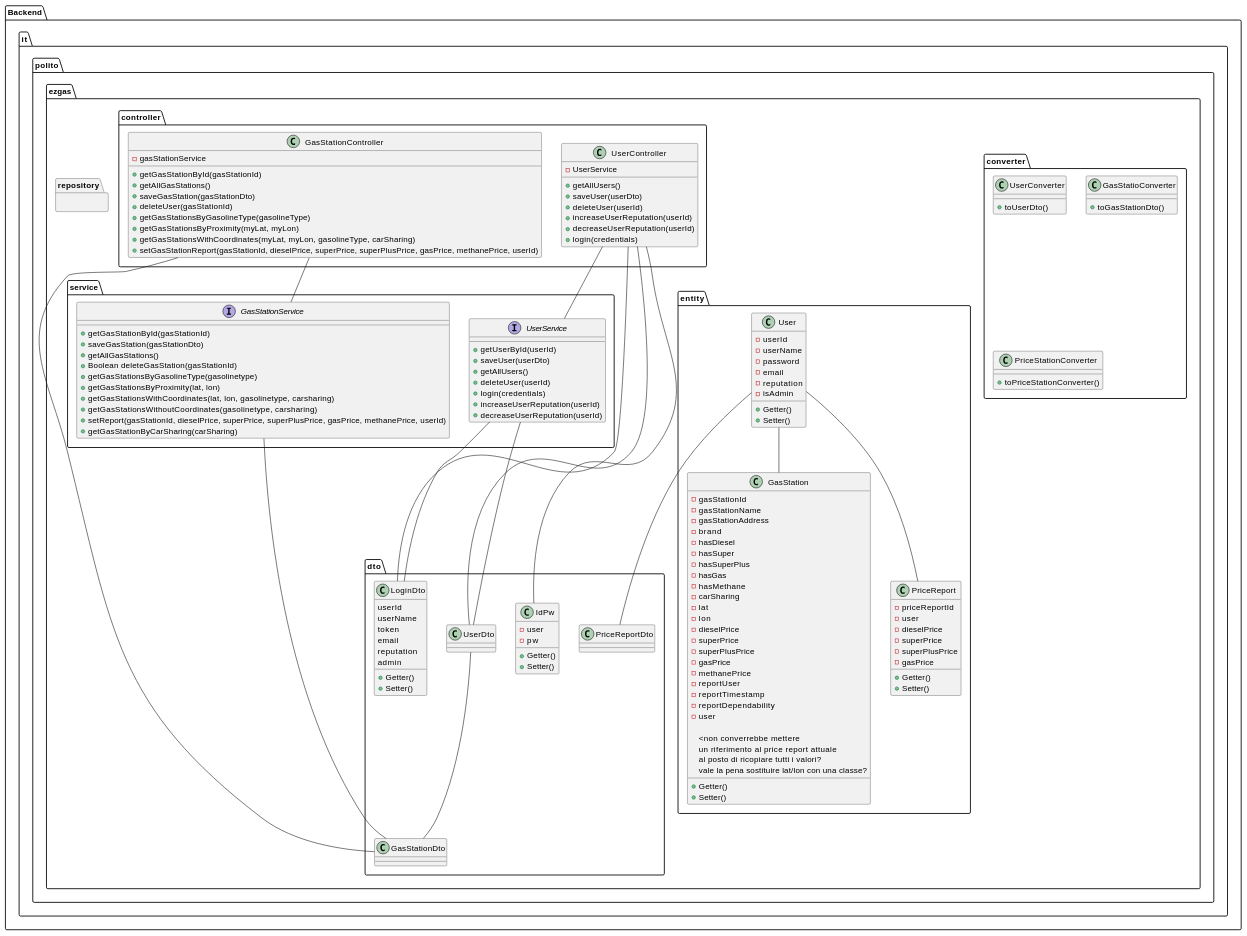
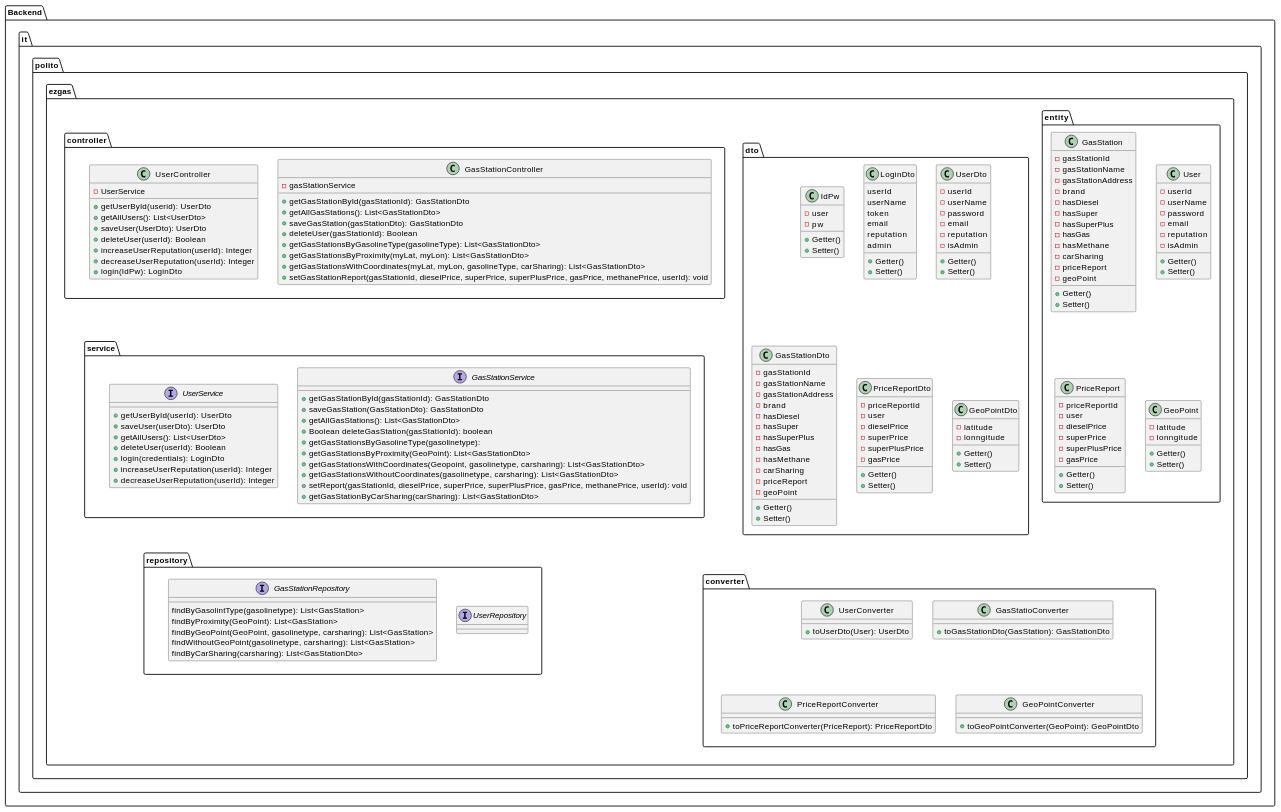
Before and after one commit to SE2-group4/SE1-project: the fourth of 7 diagrams in docs/DesignDocument.md, drawn with PlantUML. The commit also changed other lines of this file, not shown here.

Commit message:
docs: update of DesignDocument: Low level design, Verification sequence UC1

````diff
--- a/docs/DesignDocument.md
+++ b/docs/DesignDocument.md
@@ -226,17 +226,14 @@
 ```plantuml
 package "Backend" {
 
-
-
-package "it.polito.ezgas.converter" {
-    class UserConverter{
-        + toUserDto()
-    }
-    class GasStatioConverter{
-        + toGasStationDto()
-    }
-    class PriceStationConverter{
-        + toPriceStationConverter()
+package "it.polito.ezgas.repository" {
+    interface UserRepository
+    interface GasStationRepository{
+        findByGasolintType(gasolinetype): List<GasStation>
+        findByProximity(GeoPoint): List<GasStation>
+        findByGeoPoint(GeoPoint, gasolinetype, carsharing): List<GasStation>
+        findWithoutGeoPoint(gasolinetype, carsharing): List<GasStation>
+        findByCarSharing(carsharing): List<GasStationDto>
     }
 }
 
@@ -252,24 +249,10 @@
         - hasGas
         - hasMethane
         - carSharing
-        - lat
-        - lon
-        - dieselPrice
-        - superPrice
-        - superPlusPrice
-        - gasPrice
-        - methanePrice
-        - reportUser
-        - reportTimestamp
-        - reportDependability
-        - user
+        - priceReport
+        - geoPoint
         + Getter()
         + Setter()
-
-        <non converrebbe mettere
-        un riferimento al price report attuale
-        al posto di ricopiare tutti i valori?
-        vale la pena sostituire lat/lon con una classe?
     }
     class User{
         - userId
@@ -291,9 +274,13 @@
         + Getter()
         + Setter()
     }
+    class GeoPoint{
+        - latitude
+        - lonngitude
+        + Getter()
+        + Setter()
+    }
 
-    User -- PriceReport
-    User -- GasStation
 }
 
 package "it.polito.ezgas.dto" {
@@ -313,79 +300,117 @@
         + Getter()
         + Setter()
     }
-    class UserDto
-    class GasStationDto
-    class PriceReportDto
-
-    User -- PriceReportDto
-    UserDto -- GasStationDto
+    class UserDto{
+        - userId
+        - userName
+        - password
+        - email
+        - reputation
+        - isAdmin
+        + Getter()
+        + Setter()
+    }
+    class GasStationDto{
+        - gasStationId
+        - gasStationName
+        - gasStationAddress
+        - brand
+        - hasDiesel
+        - hasSuper
+        - hasSuperPlus
+        - hasGas
+        - hasMethane
+        - carSharing
+        - priceReport
+        - geoPoint
+        + Getter()
+        + Setter()
+    }
+    class PriceReportDto{
+        - priceReportId
+        - user
+        - dieselPrice
+        - superPrice
+        - superPlusPrice
+        - gasPrice
+        + Getter()
+        + Setter()
+    }
+    class GeoPointDto{
+        - latitude
+        - lonngitude
+        + Getter()
+        + Setter()
+    }
 }
 
-package "it.polito.ezgas.repository" {
-
+package "it.polito.ezgas.converter" {
+    class UserConverter{
+        + toUserDto(User): UserDto
+    }
+    class GasStatioConverter{
+        + toGasStationDto(GasStation): GasStationDto
+    }
+    class PriceReportConverter{
+        + toPriceReportConverter(PriceReport): PriceReportDto
+    }
+    class GeoPointConverter{
+        + toGeoPointConverter(GeoPoint): GeoPointDto
+    }
 }
 
 package "it.polito.ezgas.service" {
    interface "GasStationService"{
-       + getGasStationById(gasStationId)
-       + saveGasStation(gasStationDto)
-       + getAllGasStations()
-       + Boolean deleteGasStation(gasStationId)
-       + getGasStationsByGasolineType(gasolinetype)
-       + getGasStationsByProximity(lat, lon)
-       + getGasStationsWithCoordinates(lat, lon, gasolinetype, carsharing)
-       + getGasStationsWithoutCoordinates(gasolinetype, carsharing)
-       + setReport(gasStationId, dieselPrice, superPrice, superPlusPrice, gasPrice, methanePrice, userId)
-       + getGasStationByCarSharing(carSharing)
+       + getGasStationById(gasStationId): GasStationDto
+       + saveGasStation(GasStationDto): GasStationDto
+       + getAllGasStations(): List<GasStationDto>
+       + Boolean deleteGasStation(gasStationId): boolean
+       + getGasStationsByGasolineType(gasolinetype):  
+       + getGasStationsByProximity(GeoPoint): List<GasStationDto>
+       + getGasStationsWithCoordinates(Geopoint, gasolinetype, carsharing): List<GasStationDto>
+       + getGasStationsWithoutCoordinates(gasolinetype, carsharing): List<GasStationDto>
+       + setReport(gasStationId, dieselPrice, superPrice, superPlusPrice, gasPrice, methanePrice, userId): void
+       + getGasStationByCarSharing(carSharing): List<GasStationDto>
    }
    interface "UserService" {
-       + getUserById(userId)
-       + saveUser(userDto)
-       + getAllUsers()
-       + deleteUser(userId)
-       + login(credentials)
-       + increaseUserReputation(userId)
-       + decreaseUserReputation(userId)
+       + getUserById(userId): UserDto 
+       + saveUser(userDto): UserDto 
+       + getAllUsers(): List<UserDto>
+       + deleteUser(userId): Boolean
+       + login(credentials): LoginDto
+       + increaseUserReputation(userId): Integer
+       + decreaseUserReputation(userId): Integer
    }
-
-   UserService -- LoginDto
-   UserService -- UserDto
-   GasStationService - GasStationDto
 }
 
-package "it.polito.ezgas.controller" {
+package  "it.polito.ezgas.controller" {
     class GasStationController{
         - gasStationService
-        + getGasStationById(gasStationId)
-        + getAllGasStations()
-        + saveGasStation(gasStationDto)
-        + deleteUser(gasStationId)
-        + getGasStationsByGasolineType(gasolineType)
-        + getGasStationsByProximity(myLat, myLon)
-        + getGasStationsWithCoordinates(myLat, myLon, gasolineType, carSharing)
-        + setGasStationReport(gasStationId, dieselPrice, superPrice, superPlusPrice, gasPrice, methanePrice, userId)
+        + getGasStationById(gasStationId): GasStationDto 
+        + getAllGasStations(): List<GasStationDto>
+        + saveGasStation(gasStationDto): GasStationDto 
+        + deleteUser(gasStationId): Boolean 
+        + getGasStationsByGasolineType(gasolineType): List<GasStationDto>
+        + getGasStationsByProximity(myLat, myLon): List<GasStationDto>
+        + getGasStationsWithCoordinates(myLat, myLon, gasolineType, carSharing): List<GasStationDto>
+        + setGasStationReport(gasStationId, dieselPrice, superPrice, superPlusPrice, gasPrice, methanePrice, userId): void
     }
 
     class UserController{
         - UserService
-        + getAllUsers()
-        + saveUser(userDto)
-        + deleteUser(userId)
-        + increaseUserReputation(userId)
-        + decreaseUserReputation(userId)
-        + login(credentials)
+        + getUserById(userid): UserDto
+        + getAllUsers(): List<UserDto>
+        + saveUser(UserDto): UserDto
+        + deleteUser(userId): Boolean
+        + increaseUserReputation(userId): Integer
+        + decreaseUserReputation(userId): Integer
+        + login(IdPw): LoginDto
     }
-
-    GasStationController -- GasStationService
-    GasStationController -- GasStationDto
-    UserController -- IdPw
-    UserController -- LoginDto
-    UserController -- UserDto
-    UserController -- UserService
-
 }
 
-
+it.polito.ezgas.controller -[hidden]-> it.polito.ezgas.service
+it.polito.ezgas.service -[hidden]-> it.polito.ezgas.repository
+it.polito.ezgas.repository -[hidden]> it.polito.ezgas.converter
 }
 
 
````
